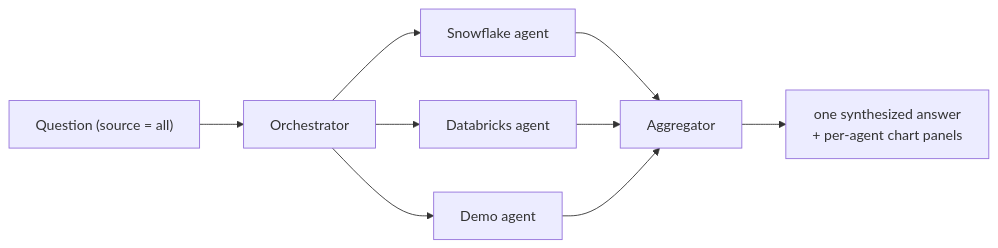
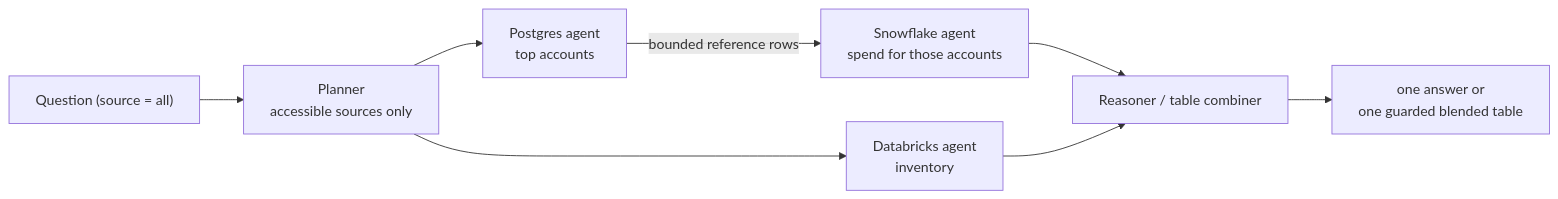
The fourth of 12 diagrams in README.md (rohitkarumanchi745/studio), drawn with Mermaid before and after one commit. The commit also changed other lines of this file and 33 other files, not shown here.

Commit message:
Add governed cross-source agent workflows

````diff
--- a/README.md
+++ b/README.md
@@ -408,11 +424,10 @@
 ```mermaid
 flowchart LR
-    q["Question (source = all)"] --> orch["Orchestrator"]
-    orch --> w1["Snowflake agent"]
-    orch --> w2["Databricks agent"]
-    orch --> w3["Demo agent"]
-    w1 --> agg["Aggregator"]
-    w2 --> agg
+    q["Question (source = all)"] --> plan["Planner<br/>accessible sources only"]
+    plan --> w1["Postgres agent<br/>top accounts"]
+    w1 -->|"bounded reference rows"| w2["Snowflake agent<br/>spend for those accounts"]
+    plan --> w3["Databricks agent<br/>inventory"]
+    w2 --> agg["Reasoner / table combiner"]
     w3 --> agg
-    agg --> ans["one synthesized answer<br/>+ per-agent chart panels"]
+    agg --> ans["one answer or<br/>one guarded blended table"]
 ```
````
